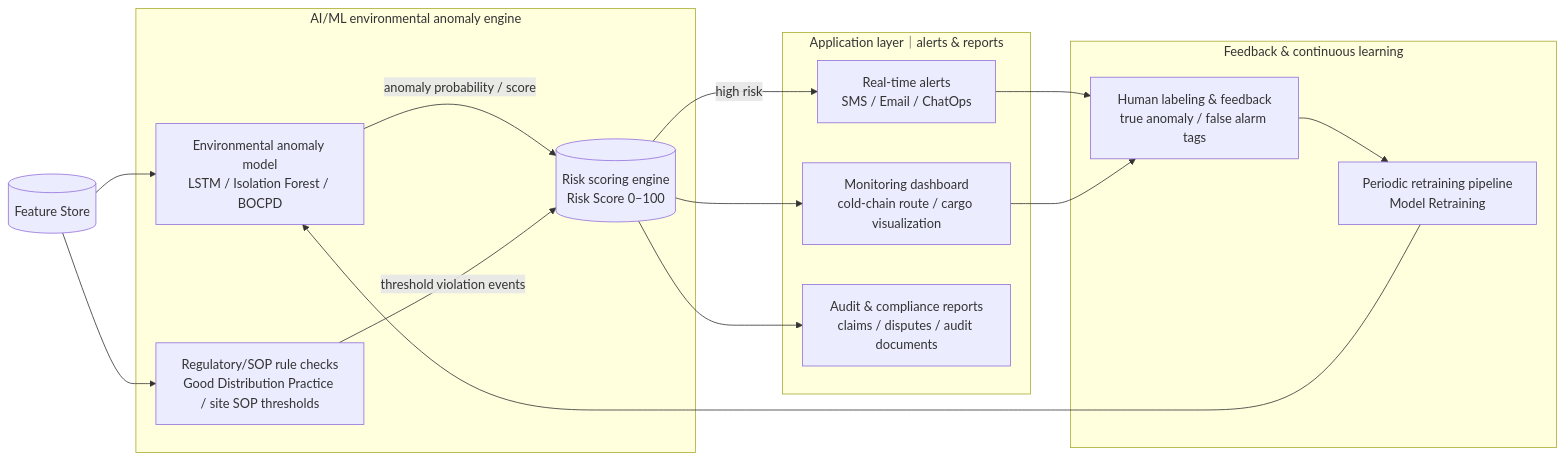
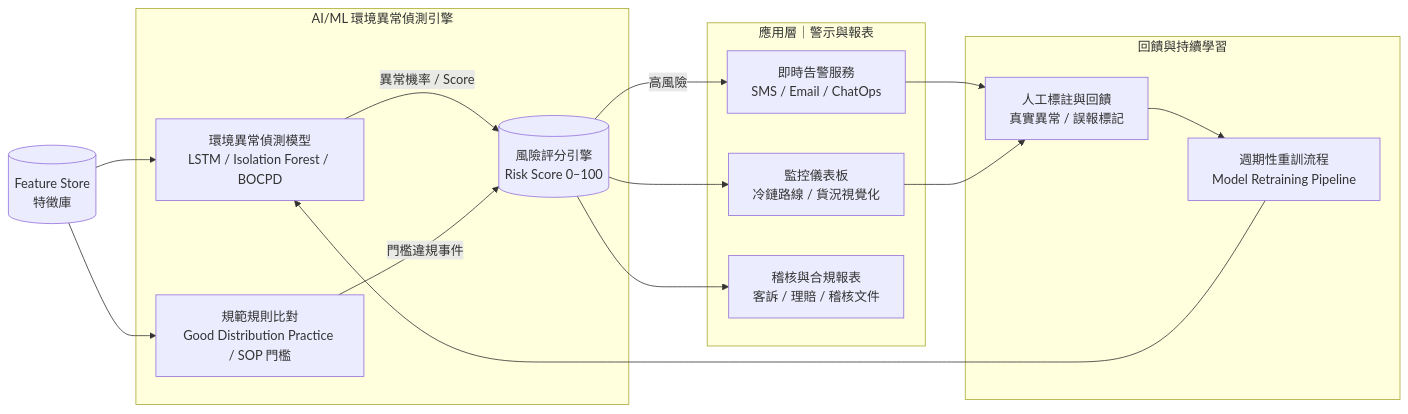
The sixth of 10 diagrams in proposal/AI-Application-Enhancement-Program-Proposal-Submission.md (jshuo/ai-moea-proposal), drawn with Mermaid before and after one commit. The commit also changed other lines of this file, not shown here.

Commit message:
Implement feature X to enhance user experience and optimize performance

````diff
--- a/proposal/AI-Application-Enhancement-Program-Proposal-Submission.md
+++ b/proposal/AI-Application-Enhancement-Program-Proposal-Submission.md
@@ -653,40 +693,40 @@
-  ```mermaid
-  flowchart LR
-    %% Downstream: AI/ML, application layer, and feedback (Feature Store as input)
+```mermaid
+flowchart LR
+  %% 下游：AI/ML、應用層與回饋（由「特徵庫」作為輸入）
 
-    T_STORE[(Feature Store)]
+  T_STORE[(Feature Store<br/>特徵庫)]
 
-    subgraph AIML["AI/ML environmental anomaly engine"]
-      T_MODEL[Environmental anomaly model<br/>LSTM / Isolation Forest / BOCPD]
-      T_RULE[Regulatory/SOP rule checks<br/>Good Distribution Practice / site SOP thresholds]
-      T_SCORE[(Risk scoring engine<br/>Risk Score 0–100)]
-    end
+  subgraph AIML["AI/ML 環境異常偵測引擎"]
+    T_MODEL[環境異常偵測模型<br/>LSTM / Isolation Forest / BOCPD]
+    T_RULE[規範規則比對<br/>Good Distribution Practice / SOP 門檻]
+    T_SCORE[(風險評分引擎<br/>Risk Score 0–100)]
+  end
 
-    subgraph APPS["Application layer｜alerts & reports"]
-      T_ALERT[Real-time alerts<br/>SMS / Email / ChatOps]
-      T_DASH[Monitoring dashboard<br/>cold-chain route / cargo visualization]
-      T_REPORT[Audit & compliance reports<br/>claims / disputes / audit documents]
-    end
+  subgraph APPS["應用層｜警示與報表"]
+    T_ALERT[即時告警服務<br/>SMS / Email / ChatOps]
+    T_DASH[監控儀表板<br/>冷鏈路線 / 貨況視覺化]
+    T_REPORT[稽核與合規報表<br/>客訴 / 理賠 / 稽核文件]
+  end
 
-    subgraph FEEDBACK["Feedback & continuous learning"]
-      T_LABEL[Human labeling & feedback<br/>true anomaly / false alarm tags]
-      T_RETRAIN[Periodic retraining pipeline<br/>Model Retraining]
-    end
+  subgraph FEEDBACK["回饋與持續學習"]
+    T_LABEL[人工標註與回饋<br/>真實異常 / 誤報標記]
+    T_RETRAIN[週期性重訓流程<br/>Model Retraining Pipeline]
+  end
 
-    %% Data flow (Downstream)
-    T_STORE --> T_MODEL
-    T_STORE --> T_RULE
+  %% Data flow（下游）
+  T_STORE --> T_MODEL
+  T_STORE --> T_RULE
 
-    T_MODEL -->|anomaly probability / score| T_SCORE
-    T_RULE -->|threshold violation events| T_SCORE
+  T_MODEL -->|異常機率 / Score| T_SCORE
+  T_RULE -->|門檻違規事件| T_SCORE
 
-    T_SCORE -->|high risk| T_ALERT
-    T_SCORE --> T_DASH
-    T_SCORE --> T_REPORT
+  T_SCORE -->|高風險| T_ALERT
+  T_SCORE --> T_DASH
+  T_SCORE --> T_REPORT
 
-    %% Feedback loop
-    T_ALERT --> T_LABEL
-    T_DASH --> T_LABEL
-    T_LABEL --> T_RETRAIN
-    T_RETRAIN --> T_MODEL
-  ```
+  %% Feedback loop
+  T_ALERT --> T_LABEL
+  T_DASH --> T_LABEL
+  T_LABEL --> T_RETRAIN
+  T_RETRAIN --> T_MODEL
+```
````
